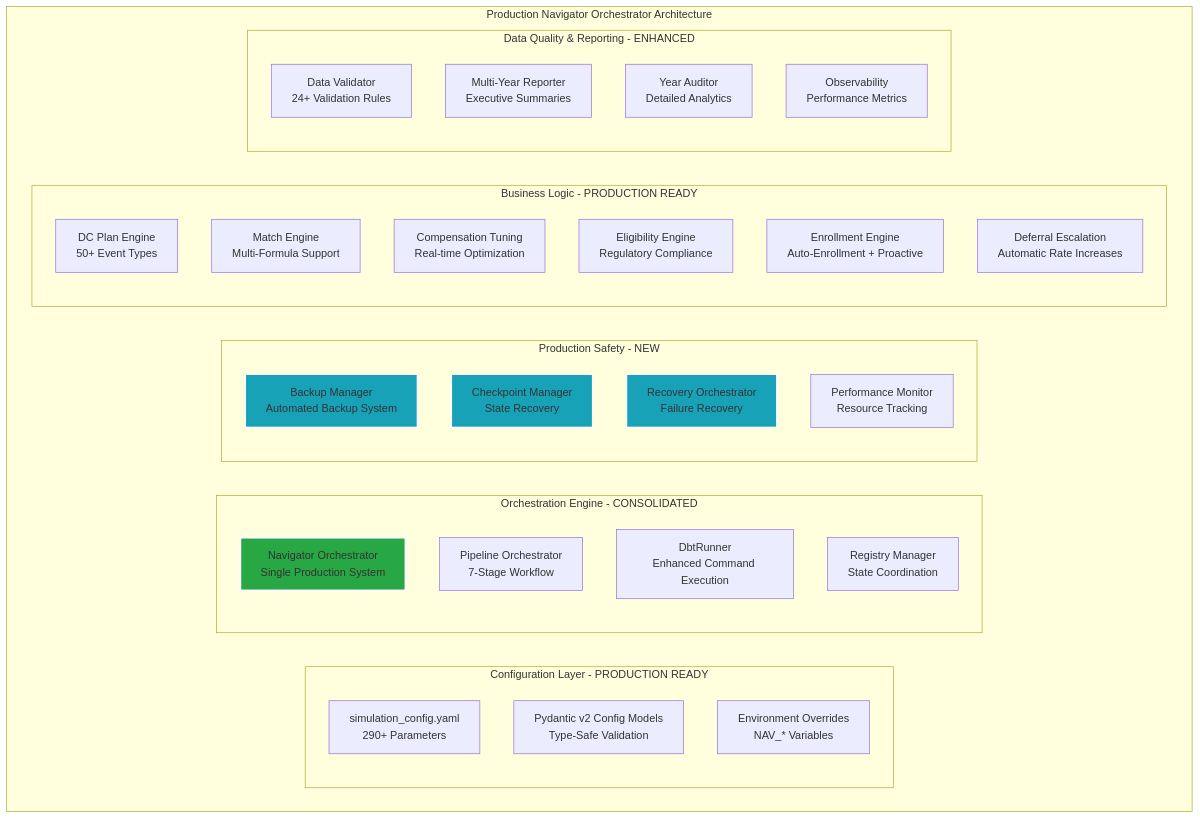
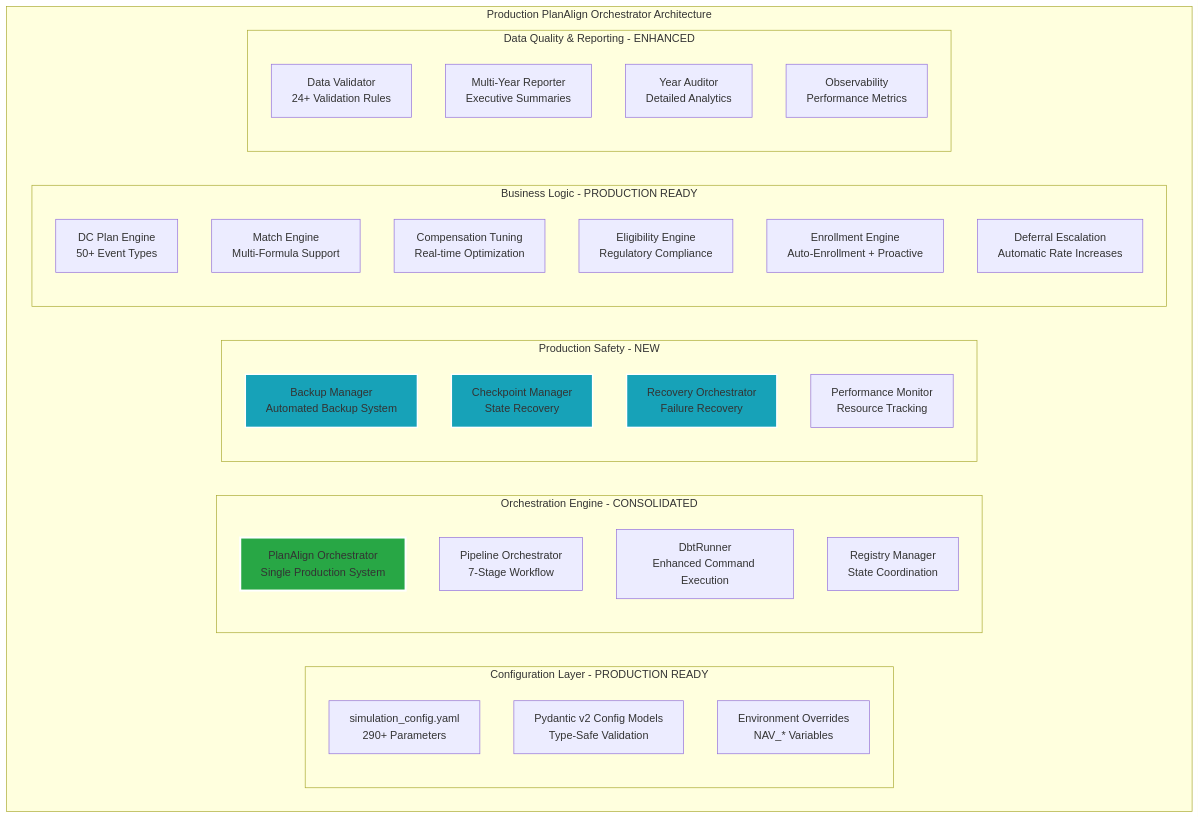
One commit to crzyc98/planwise_navigator changed the diagram in docs/requirements/prd_v4_1.md. Above: the diagram before and after it, drawn with Mermaid. The commit also changed other lines of this file and 433 other files, not shown here.

First line of the commit message:
feat!: Rename PlanWise Navigator to Fidelity PlanAlign Engine (v2.0.0) (#63)

````diff
--- a/docs/requirements/prd_v4_1.md
+++ b/docs/requirements/prd_v4_1.md
@@ -50,45 +50,45 @@
 ```mermaid
 graph TB
-    subgraph "Production Navigator Orchestrator Architecture"
+    subgraph "Production PlanAlign Orchestrator Architecture"
         subgraph "Configuration Layer - PRODUCTION READY"
             A1[simulation_config.yaml<br/>290+ Parameters]
             A2[Pydantic v2 Config Models<br/>Type-Safe Validation]
             A3[Environment Overrides<br/>NAV_* Variables]
         end
 
         subgraph "Orchestration Engine - CONSOLIDATED"
-            B1[Navigator Orchestrator<br/>Single Production System]
+            B1[PlanAlign Orchestrator<br/>Single Production System]
             B2[Pipeline Orchestrator<br/>7-Stage Workflow]
             B3[DbtRunner<br/>Enhanced Command Execution]
             B4[Registry Manager<br/>State Coordination]
         end
 
         subgraph "Production Safety - NEW"
             C1[Backup Manager<br/>Automated Backup System]
             C2[Checkpoint Manager<br/>State Recovery]
             C3[Recovery Orchestrator<br/>Failure Recovery]
             C4[Performance Monitor<br/>Resource Tracking]
         end
 
         subgraph "Business Logic - PRODUCTION READY"
             D1[DC Plan Engine<br/>50+ Event Types]
             D2[Match Engine<br/>Multi-Formula Support]
             D3[Compensation Tuning<br/>Real-time Optimization]
             D4[Eligibility Engine<br/>Regulatory Compliance]
             D5[Enrollment Engine<br/>Auto-Enrollment + Proactive]
             D6[Deferral Escalation<br/>Automatic Rate Increases]
         end
 
         subgraph "Data Quality & Reporting - ENHANCED"
             E1[Data Validator<br/>24+ Validation Rules]
             E2[Multi-Year Reporter<br/>Executive Summaries]
             E3[Year Auditor<br/>Detailed Analytics]
             E4[Observability<br/>Performance Metrics]
         end
     end
 
     style B1 fill:#28a745,stroke:#fff,stroke-width:3px
     style C1 fill:#17a2b8,stroke:#fff,stroke-width:2px
     style C2 fill:#17a2b8,stroke:#fff,stroke-width:2px
     style C3 fill:#17a2b8,stroke:#fff,stroke-width:2px
 ```
````
